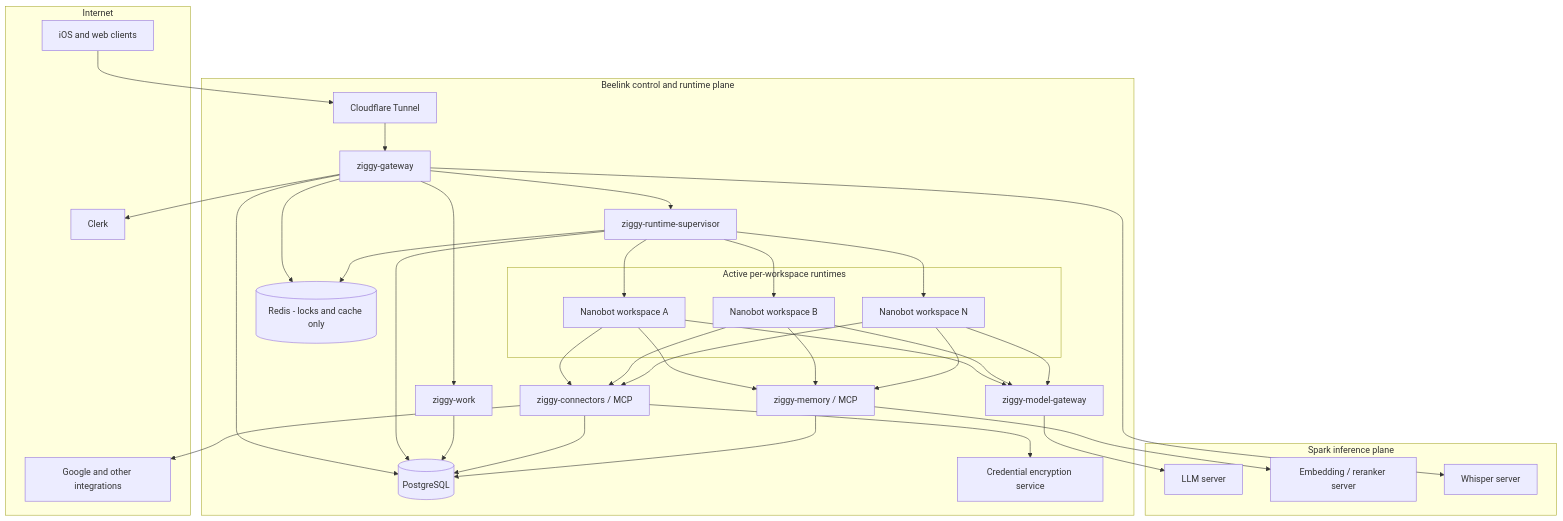
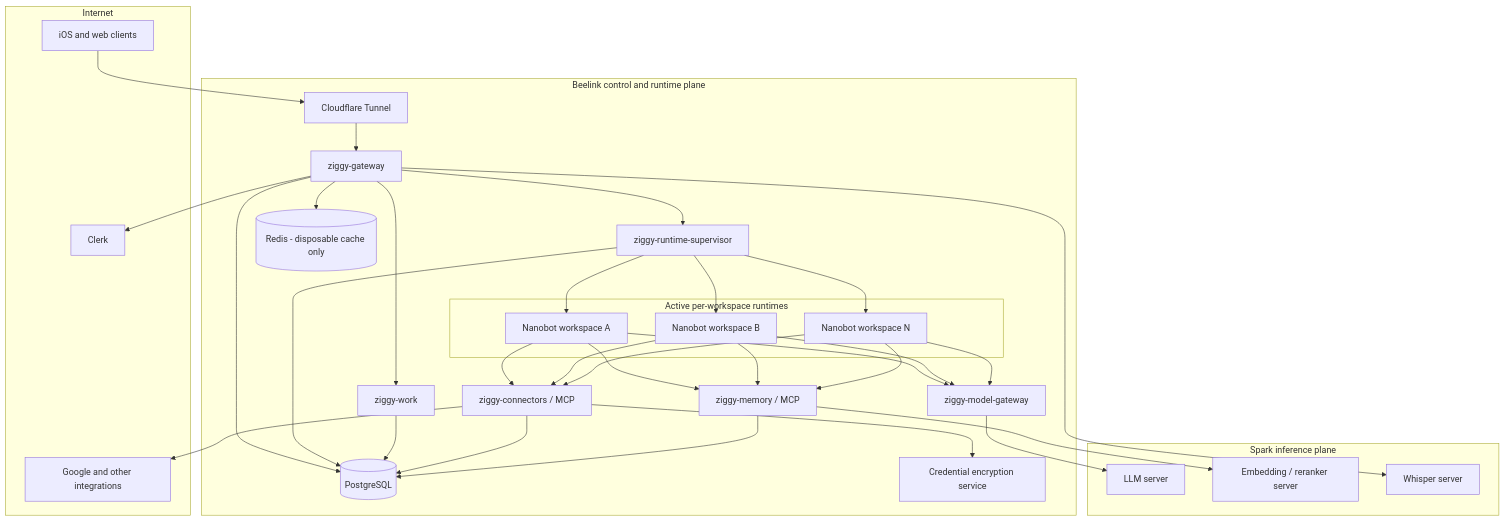
Before and after one commit to mihai-chiorean/nanobot: the second of 11 diagrams in docs/architecture/ziggy-multitenant-runtime.md, drawn with Mermaid. The commit also changed other lines of this file, not shown here.

````diff
--- a/docs/architecture/ziggy-multitenant-runtime.md
+++ b/docs/architecture/ziggy-multitenant-runtime.md
@@ -98,62 +99,61 @@
 ```mermaid
 flowchart TB
     subgraph Internet
         CLIENTS[iOS and web clients]
         CLERK[Clerk]
         PROVIDERS[Google and other integrations]
     end
 
     subgraph Beelink[Beelink control and runtime plane]
         TUNNEL[Cloudflare Tunnel]
         API[ziggy-gateway]
         SUP[ziggy-runtime-supervisor]
         MGW[ziggy-model-gateway]
         WORK[ziggy-work]
         CONN[ziggy-connectors / MCP]
         MEMORY[ziggy-memory / MCP]
         PG[(PostgreSQL)]
-        REDIS[(Redis - locks and cache only)]
+        REDIS[(Redis - disposable cache only)]
         VAULT[Credential encryption service]
 
         subgraph ActiveRuntimes[Active per-workspace runtimes]
             N1[Nanobot workspace A]
             N2[Nanobot workspace B]
             NN[Nanobot workspace N]
         end
     end
 
     subgraph Spark[Spark inference plane]
         LLM[LLM server]
         EMBED[Embedding / reranker server]
         STT[Whisper server]
     end
 
     CLIENTS --> TUNNEL --> API
     API --> CLERK
     API --> SUP
     API --> WORK
     SUP --> N1
     SUP --> N2
     SUP --> NN
     N1 --> MGW
     N2 --> MGW
     NN --> MGW
     MGW --> LLM
     N1 --> CONN
     N2 --> CONN
     NN --> CONN
     CONN --> PROVIDERS
     CONN --> VAULT
     N1 --> MEMORY
     N2 --> MEMORY
     NN --> MEMORY
     MEMORY --> EMBED
     API --> STT
     API --> PG
     SUP --> PG
     WORK --> PG
     CONN --> PG
     MEMORY --> PG
     API --> REDIS
-    SUP --> REDIS
 ```
````
